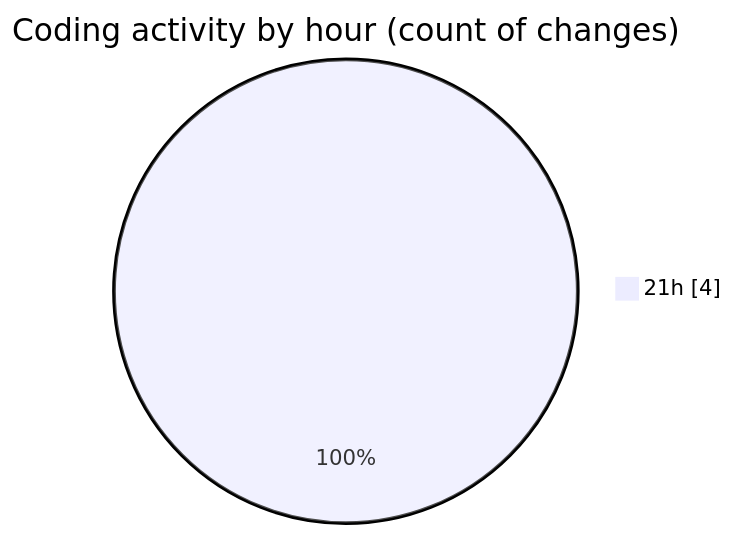
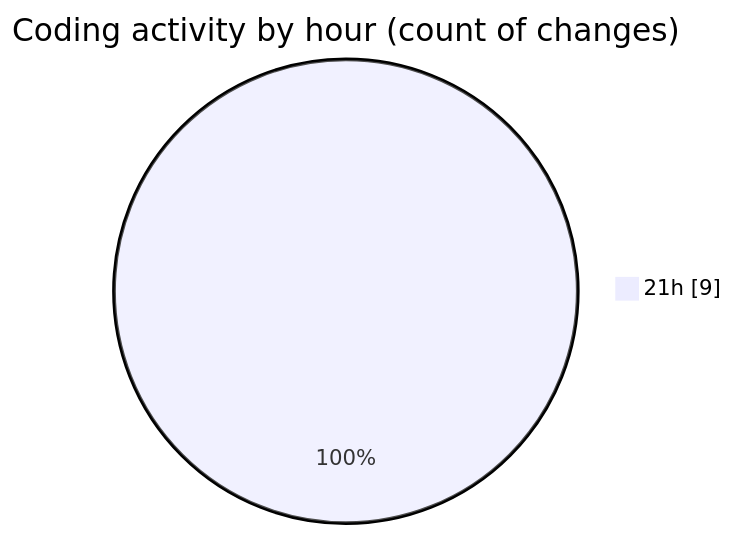
Before and after one commit to idhammustaqopulfikri/code-tracking: the second of 2 diagrams in 2025-03-29/autodidak/README.md, drawn with Mermaid. The commit also changed other lines of this file and 1 other file, not shown here.

````diff
--- a/2025-03-29/autodidak/README.md
+++ b/2025-03-29/autodidak/README.md
@@ -28,5 +31,5 @@
 ```mermaid
 pie showData
 title Coding activity by hour (count of changes)
-"21h" : 4
+"21h" : 9
 ```
````
